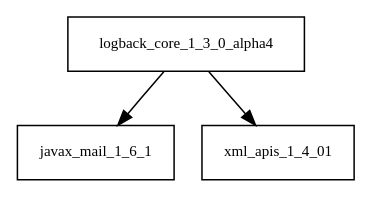
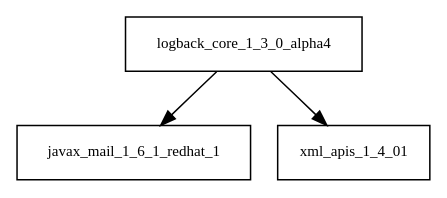
Before and after one commit to sjvs/cia: the diagram in tattleTaleReport/graphviz/logback-core-1.3.0-alpha4.jar/logback-core-1.3.0-alpha4.jar.dot, drawn with Graphviz. The commit also changed 2050 other files, not shown here.

```diff
--- a/tattleTaleReport/graphviz/logback-core-1.3.0-alpha4.jar/logback-core-1.3.0-alpha4.jar.dot
+++ b/tattleTaleReport/graphviz/logback-core-1.3.0-alpha4.jar/logback-core-1.3.0-alpha4.jar.dot
@@ -1,5 +1,5 @@
 digraph logback_core_1_3_0_alpha4_dependencies {
   node [shape = box, fontsize=10.0];
-  logback_core_1_3_0_alpha4 -> javax_mail_1_6_1;
+  logback_core_1_3_0_alpha4 -> javax_mail_1_6_1_redhat_1;
   logback_core_1_3_0_alpha4 -> xml_apis_1_4_01;
 }
```
